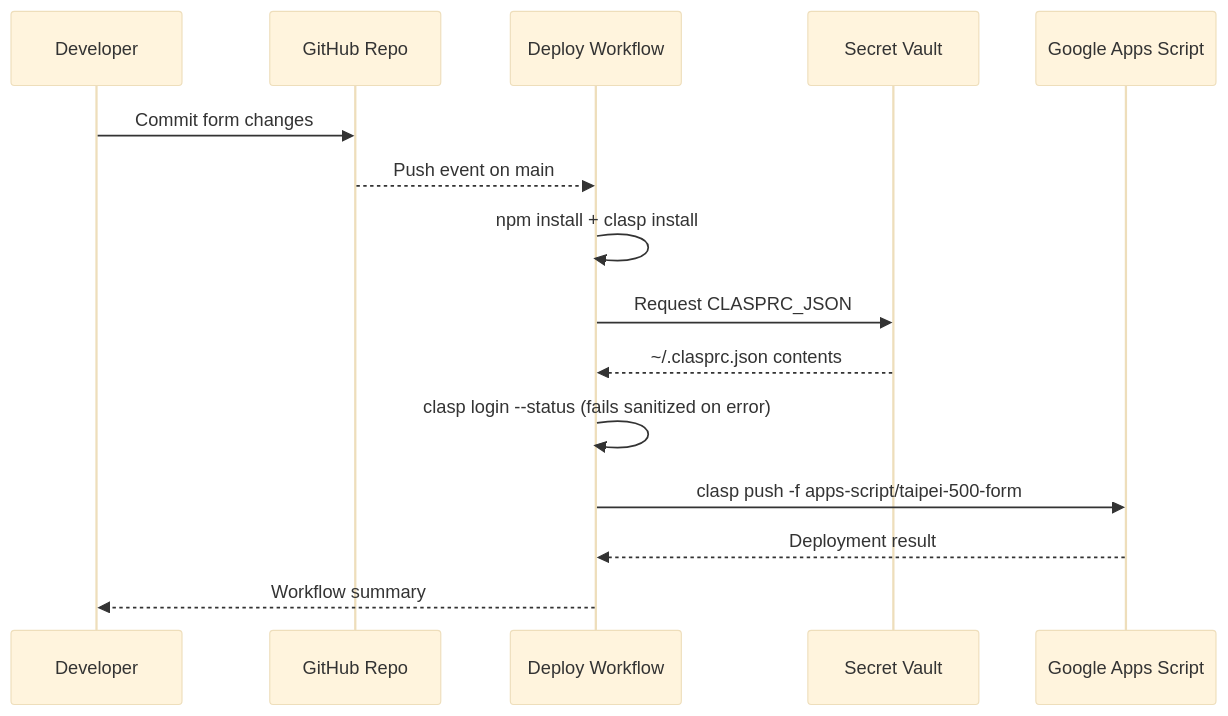
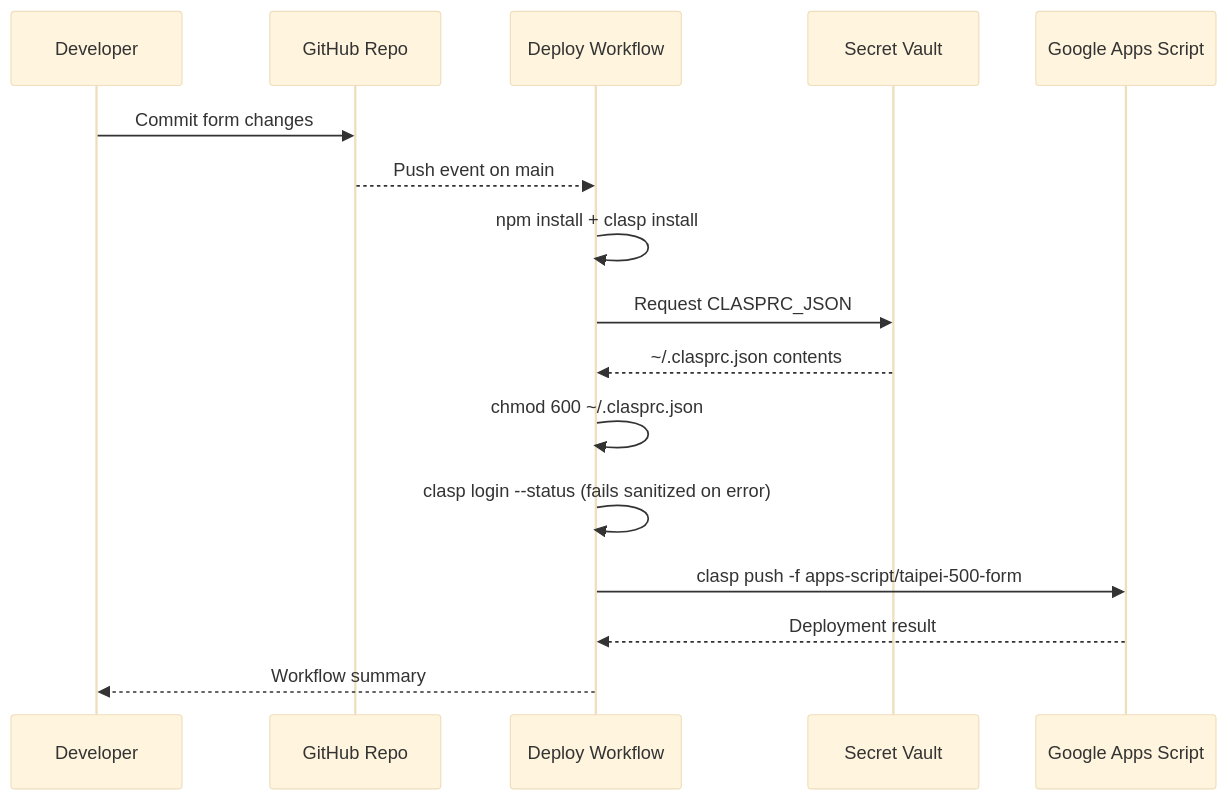
Before and after one commit to muyueh/clasp-from-fresh: the third of 5 diagrams in README.md, drawn with Mermaid (base theme). The commit also changed other lines of this file and 1 other file, not shown here.

````diff
--- a/README.md
+++ b/README.md
@@ -30,17 +32,18 @@
 ```mermaid
 sequenceDiagram
     participant Dev as Developer
     participant Repo as GitHub Repo
     participant CI as Deploy Workflow
     participant Secret as Secret Vault
     participant GAS as Google Apps Script
     Dev->>Repo: Commit form changes
     Repo-->>CI: Push event on main
     CI->>CI: npm install + clasp install
     CI->>Secret: Request CLASPRC_JSON
     Secret-->>CI: ~/.clasprc.json contents
+    CI->>CI: chmod 600 ~/.clasprc.json
     CI->>CI: clasp login --status (fails sanitized on error)
     CI->>GAS: clasp push -f apps-script/taipei-500-form
     GAS-->>CI: Deployment result
     CI-->>Dev: Workflow summary
 ```
````
